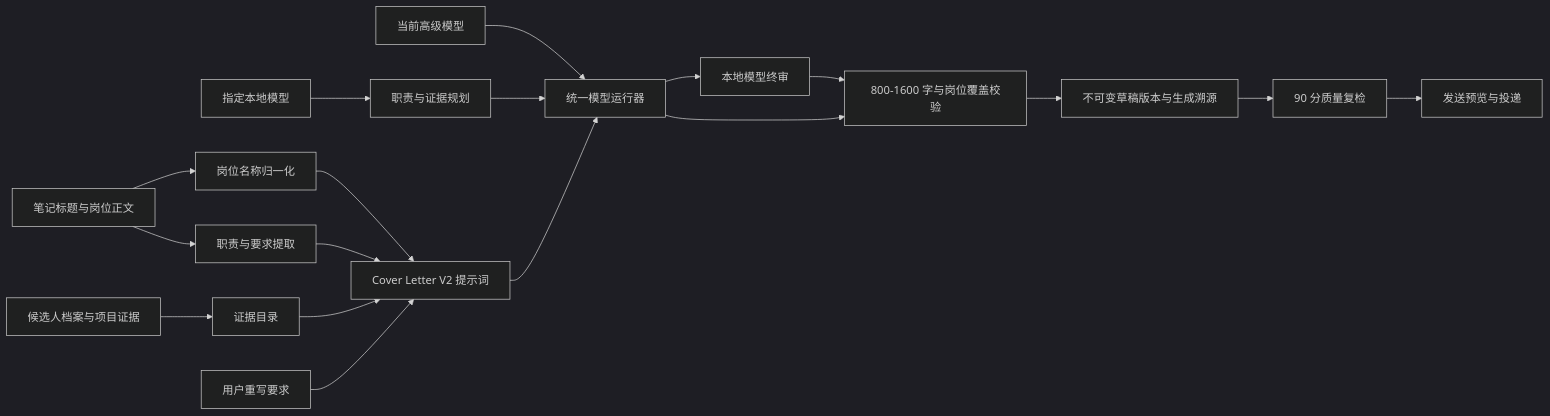
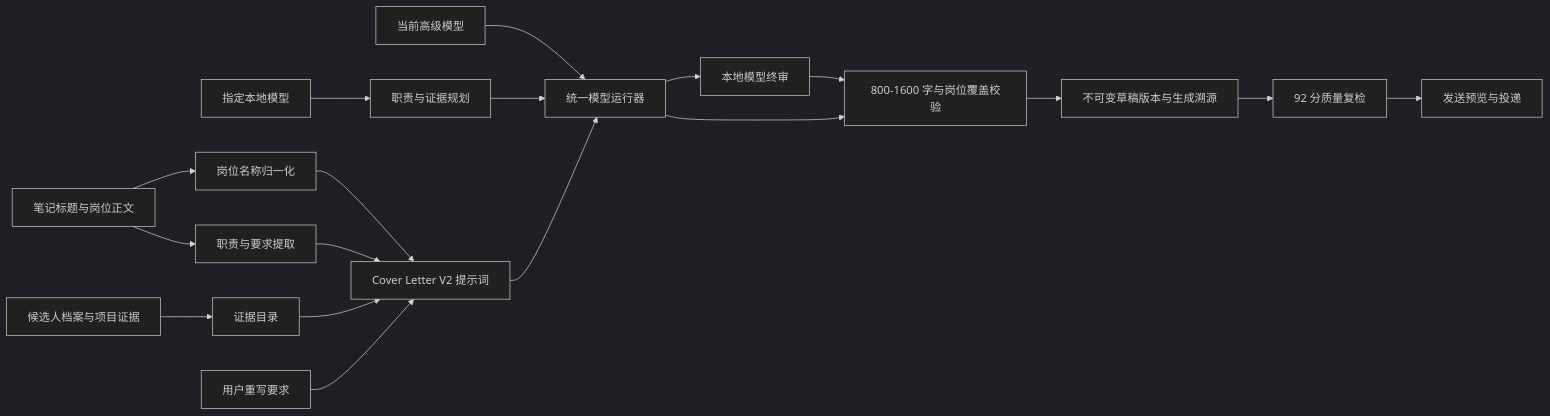
Before and after one commit to wzn1118/xiaohongshu-relay-scraper-ui: the diagram in docs/COVER_LETTER_V2_FULL_IMPLEMENTATION.md, drawn with Mermaid (dark theme). The commit also changed other lines of this file and 17 other files, not shown here.

Commit message:
fix: repair application delivery CI and UI flows

````diff
--- a/docs/COVER_LETTER_V2_FULL_IMPLEMENTATION.md
+++ b/docs/COVER_LETTER_V2_FULL_IMPLEMENTATION.md
@@ -36,20 +36,20 @@
 ```mermaid
 flowchart LR
   A["笔记标题与岗位正文"] --> B["岗位名称归一化"]
   A --> C["职责与要求提取"]
   D["候选人档案与项目证据"] --> E["证据目录"]
   B --> F["Cover Letter V2 提示词"]
   C --> F
   E --> F
   G["用户重写要求"] --> F
   H["当前高级模型"] --> I["统一模型运行器"]
   N["指定本地模型"] --> O["职责与证据规划"]
   O --> I
   F --> I
   I --> P["本地模型终审"]
   P --> J["800-1600 字与岗位覆盖校验"]
   I --> J
   J --> K["不可变草稿版本与生成溯源"]
-  K --> L["90 分质量复检"]
+  K --> L["92 分质量复检"]
   L --> M["发送预览与投递"]
 ```
````
